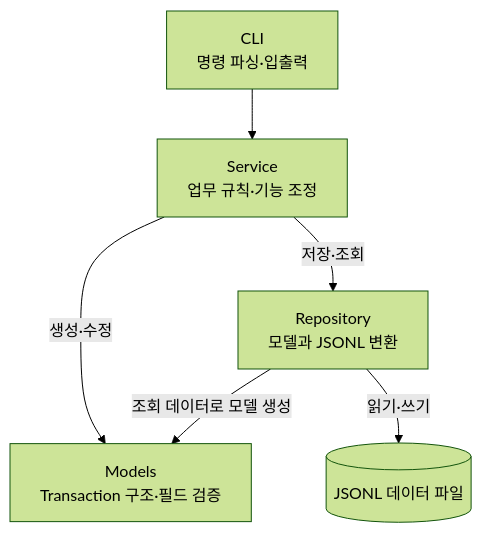
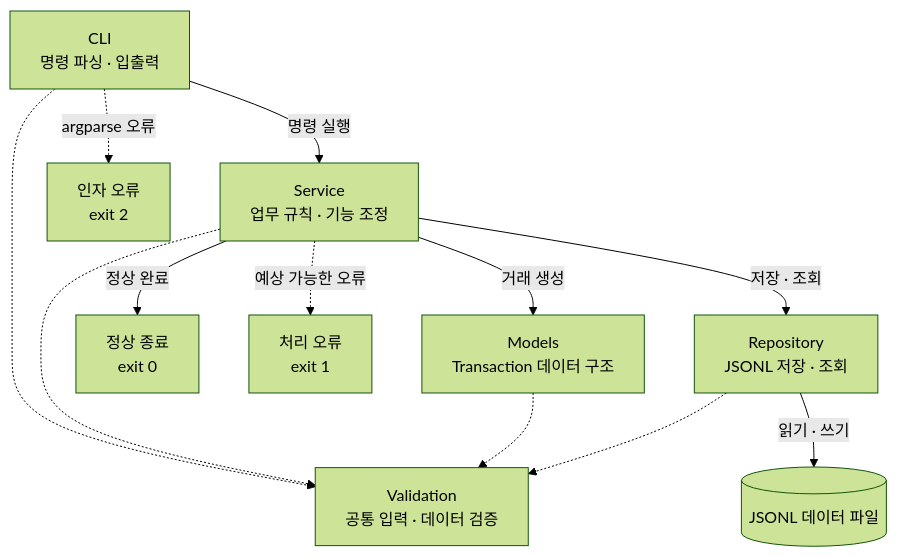
Before and after one commit to bllancck/B2-1.py-ledger-cli: the diagram in README.md, drawn with Mermaid (forest theme). The commit also changed other lines of this file, not shown here.

Commit message:
docs: simplify execution flow diagram

````diff
--- a/README.md
+++ b/README.md
@@ -52,9 +52,28 @@
 ```mermaid
 %%{init: {"flowchart": {"diagramPadding": 40, "nodeSpacing": 50, "rankSpacing": 50}}}%%
 flowchart TD
-    A["CLI<br/>명령 파싱·입출력"] --> B["Service<br/>업무 규칙·기능 조정"]
-    B -->|"생성·수정"| C["Models<br/>Transaction 구조·필드 검증"]
-    B -->|"저장·조회"| D["Repository<br/>모델과 JSONL 변환"]
-    D -->|"조회 데이터로 모델 생성"| C
-    D -->|"읽기·쓰기"| E[("JSONL 데이터 파일")]
+    A["CLI<br/>명령 파싱 · 입출력"]
+    B["Service<br/>업무 규칙 · 기능 조정"]
+    C["Models<br/>Transaction 데이터 구조"]
+    D["Repository<br/>JSONL 저장 · 조회"]
+    E[("JSONL 데이터 파일")]
+    V["Validation<br/>공통 입력 · 데이터 검증"]
+
+    X0["정상 종료<br/>exit 0"]
+    X1["처리 오류<br/>exit 1"]
+    X2["인자 오류<br/>exit 2"]
+
+    A -->|"명령 실행"| B
+    B -->|"거래 생성"| C
+    B -->|"저장 · 조회"| D
+    D -->|"읽기 · 쓰기"| E
+
+    A -.-> V
+    B -.-> V
+    C -.-> V
+    D -.-> V
+
+    B -->|"정상 완료"| X0
+    B -.->|"예상 가능한 오류"| X1
+    A -.->|"argparse 오류"| X2
 ```
````
